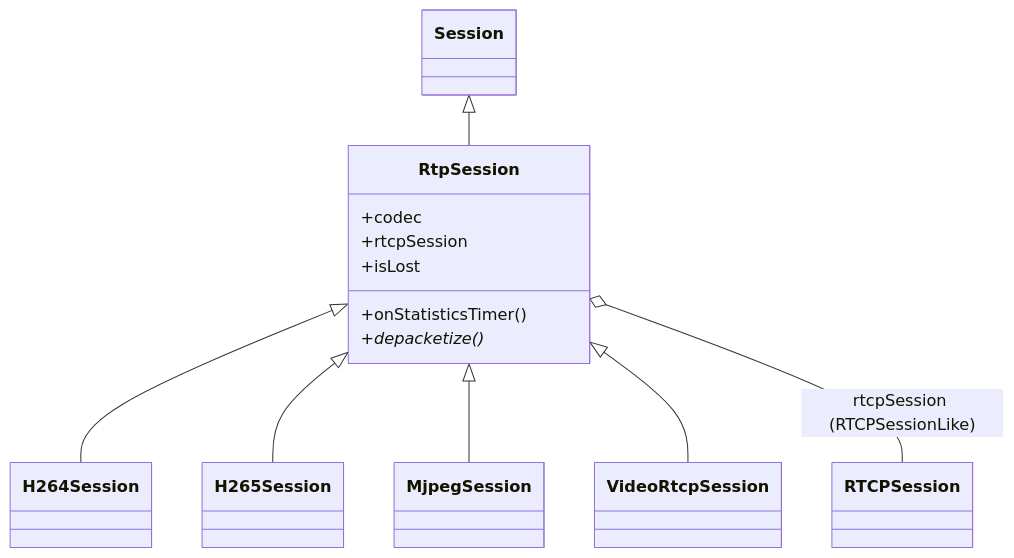
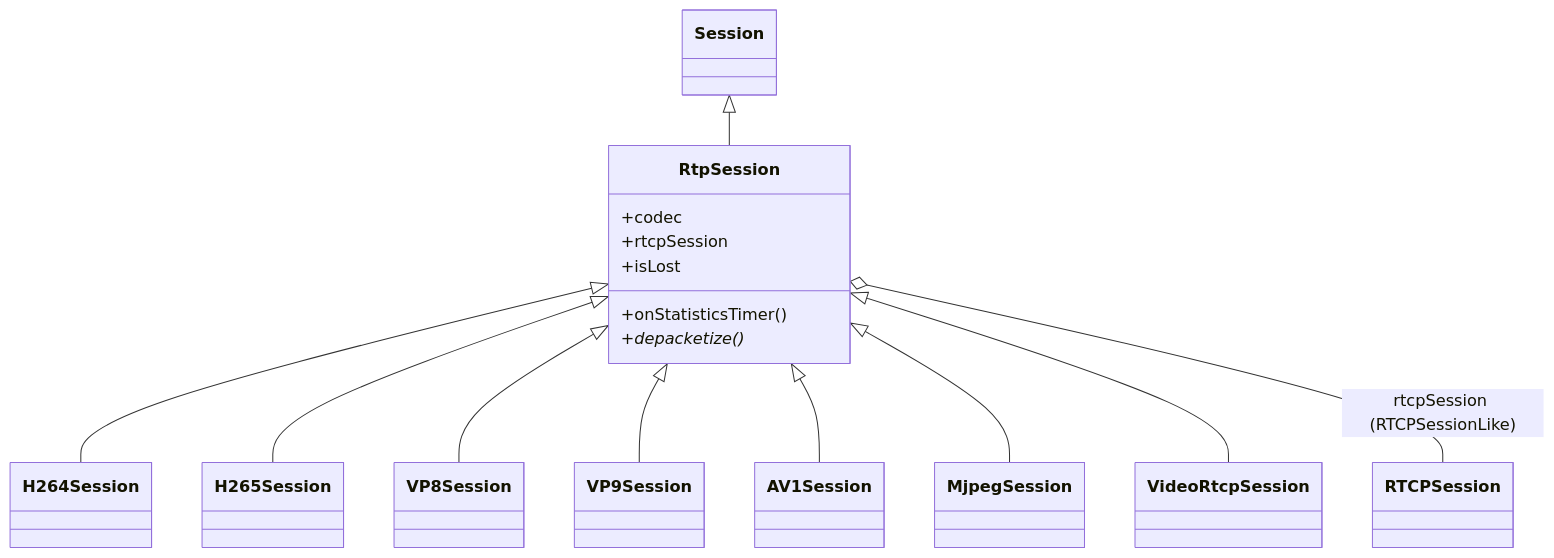
One commit to melchi45/rtsp-over-websocket changed the second of 27 diagrams in docs/player/03-mediaSession-core-video.md. Above: the diagram before and after it, drawn with Mermaid. The commit also changed other lines of this file and 53 other files, not shown here.

````diff
--- a/docs/player/03-mediaSession-core-video.md
+++ b/docs/player/03-mediaSession-core-video.md
@@ -148,16 +156,19 @@
 ```mermaid
 classDiagram
     class RtpSession {
         +codec
         +rtcpSession
         +isLost
         +onStatisticsTimer()
         +depacketize()* 
     }
     Session <|-- RtpSession
     RtpSession <|-- H264Session
     RtpSession <|-- H265Session
+    RtpSession <|-- VP8Session
+    RtpSession <|-- VP9Session
+    RtpSession <|-- AV1Session
     RtpSession <|-- MjpegSession
     RtpSession <|-- VideoRtcpSession
     RtpSession o-- RTCPSession : rtcpSession (RTCPSessionLike)
 ```
````
